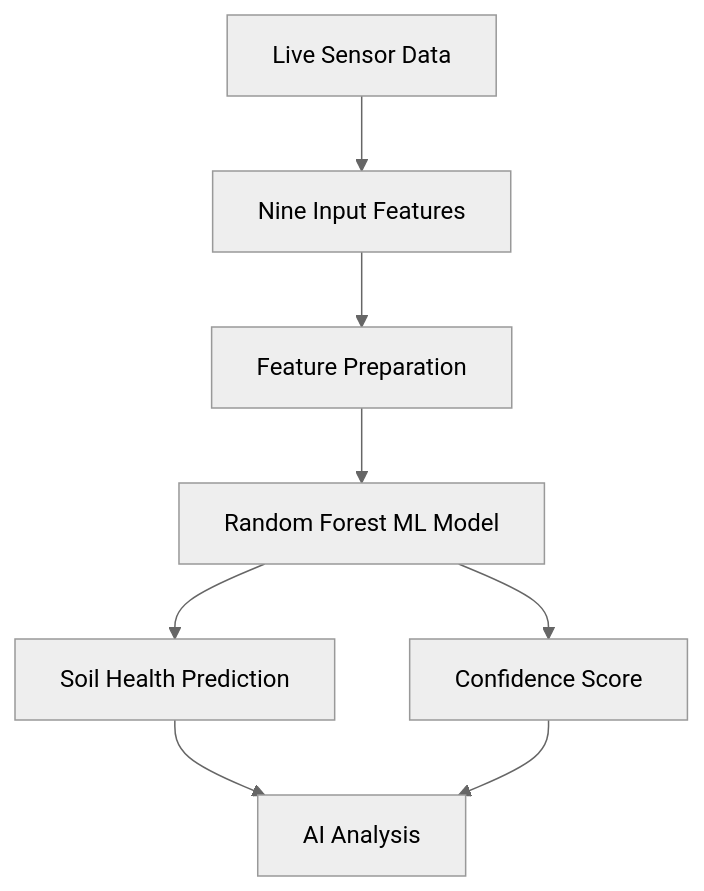
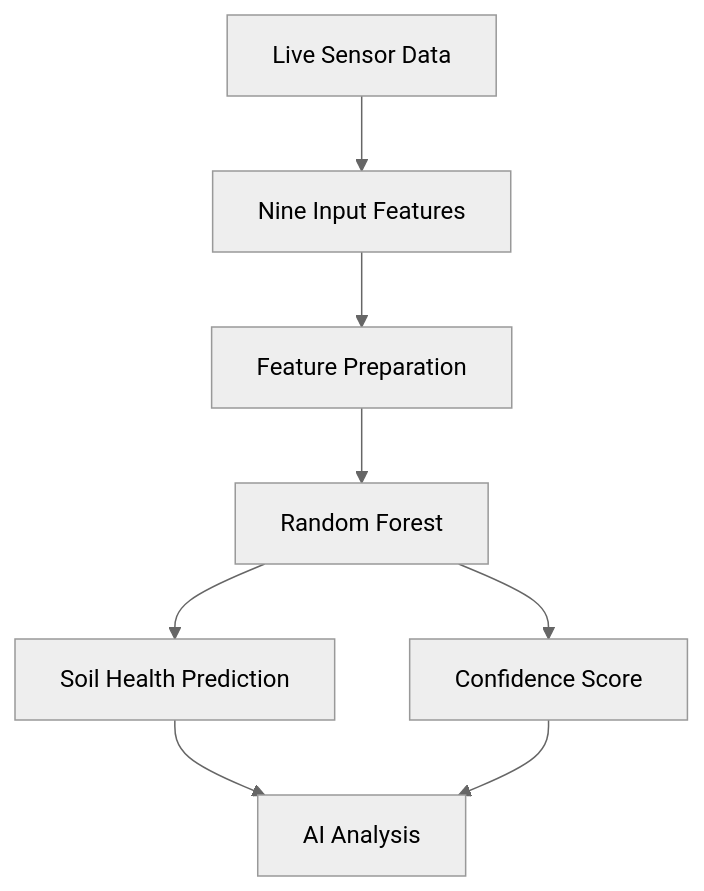
Before and after one commit to Umar-Jahangir/Smart-Soil-Fertility-Monitoring-and-Recommendation-System-Using-IoT-and-AI: the fifth of 13 diagrams in README.md, drawn with Mermaid (neutral theme).

Commit message:
AIML pipeline modified in md

````diff
--- a/README.md
+++ b/README.md
@@ -242,18 +242,18 @@
 ```mermaid
-flowchart TB
+flowchart TD
     DATA["Live Sensor Data"]
     FEATURES["Nine Input Features"]
-    PROCESS["Feature Preparation"]
-    RF["Random Forest ML Model"]
-    P["Soil Health Prediction"]
-    C["Confidence Score"]
+    PREP["Feature Preparation"]
+    RF["Random Forest"]
+    PRED["Soil Health Prediction"]
+    CONF["Confidence Score"]
     OUT["AI Analysis"]
 
     DATA --> FEATURES
-    FEATURES --> PROCESS
-    PROCESS --> RF
-    RF --> P
-    RF --> C
-    P --> OUT
-    C --> OUT
+    FEATURES --> PREP
+    PREP --> RF
+    RF --> PRED
+    RF --> CONF
+    PRED --> OUT
+    CONF --> OUT
 ```
````
